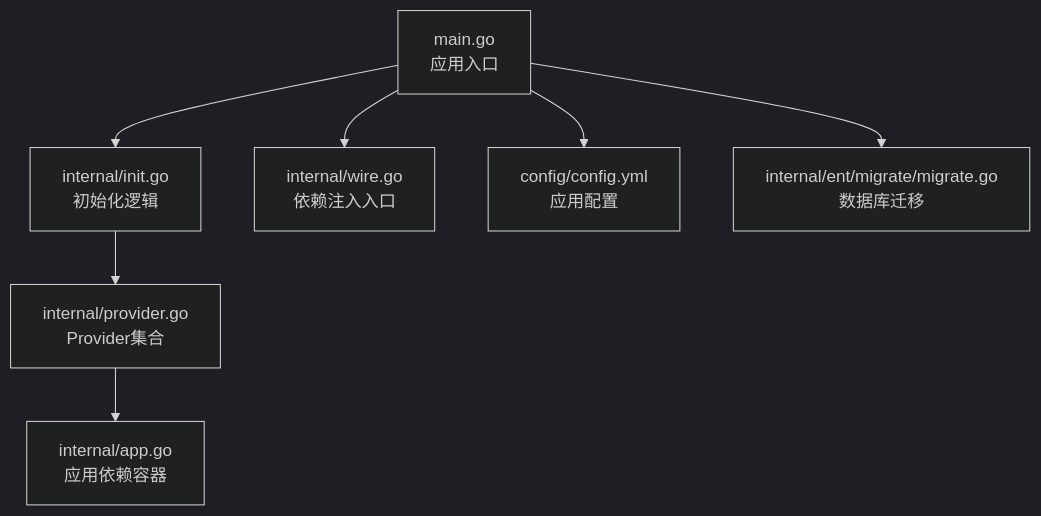
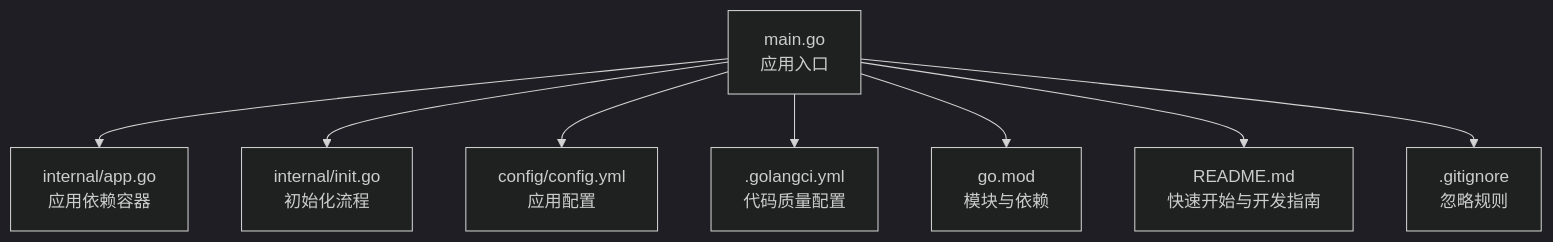
Before and after one commit to wuwuseo/e-sports-go-admin: the first of 4 diagrams in .qoder/repowiki/zh/content/开发指南/开发环境搭建.md, drawn with Mermaid (dark theme). The commit also changed other lines of this file and 115 other files, not shown here.

````diff
--- a/.qoder/repowiki/zh/content/开发指南/开发环境搭建.md
+++ b/.qoder/repowiki/zh/content/开发指南/开发环境搭建.md
@@ -41,9 +34,10 @@
 ```mermaid
 graph TB
-A["main.go<br/>应用入口"] --> B["internal/init.go<br/>初始化逻辑"]
-A --> C["internal/wire.go<br/>依赖注入入口"]
-B --> D["internal/provider.go<br/>Provider集合"]
-D --> E["internal/app.go<br/>应用依赖容器"]
-A --> F["config/config.yml<br/>应用配置"]
-A --> G["internal/ent/migrate/migrate.go<br/>数据库迁移"]
+A["main.go<br/>应用入口"] --> B["internal/app.go<br/>应用依赖容器"]
+A --> C["internal/init.go<br/>初始化流程"]
+A --> D["config/config.yml<br/>应用配置"]
+A --> E[".golangci.yml<br/>代码质量配置"]
+A --> F["go.mod<br/>模块与依赖"]
+A --> G["README.md<br/>快速开始与开发指南"]
+A --> H[".gitignore<br/>忽略规则"]
 ```
````
